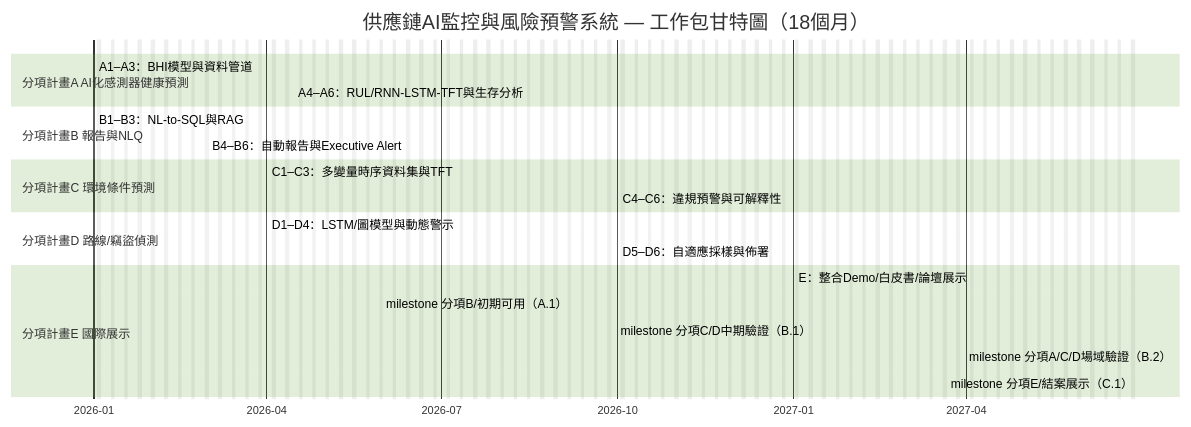
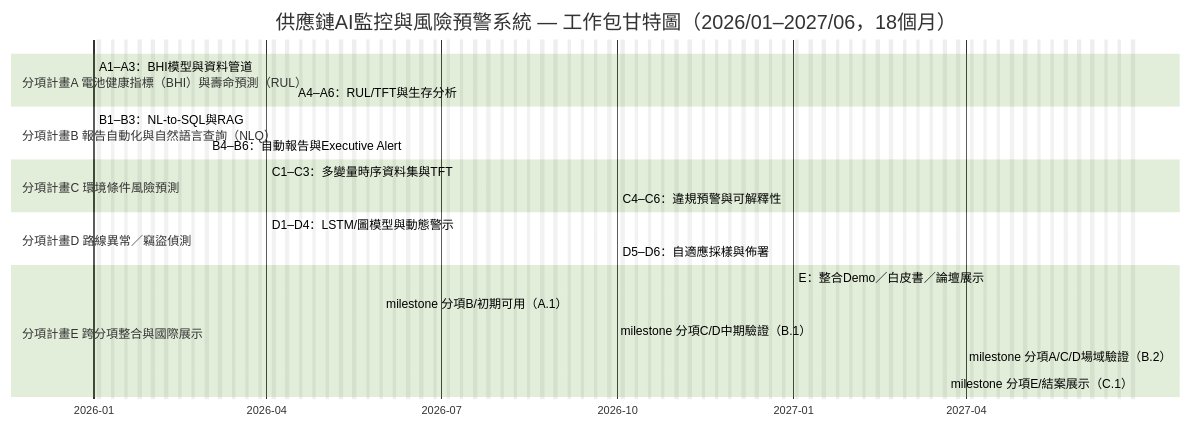
Before and after one commit to jshuo/ai-moea-proposal: the first of 2 diagrams in proposal/AI應用躍昇計畫-計畫書-提交版.md, drawn with Mermaid (forest theme). The commit also changed other lines of this file, not shown here.

Commit message:
Refine project scope and timeline in AI proposal document. Updated sections for clarity on collaboration, industry impact, and execution schedule, including Gantt chart adjustments and milestone definitions.

````diff
--- a/proposal/AI應用躍昇計畫-計畫書-提交版.md
+++ b/proposal/AI應用躍昇計畫-計畫書-提交版.md
@@ -489,31 +493,31 @@
 ```mermaid
 gantt
-    title 供應鏈AI監控與風險預警系統 — 工作包甘特圖（18個月）
-    dateFormat  YYYY-MM-DD
-    axisFormat  %Y-%m
-    excludes    weekends
+  title 供應鏈AI監控與風險預警系統 — 工作包甘特圖（2026/01–2027/06，18個月）
+  dateFormat  YYYY-MM-DD
+  axisFormat  %Y-%m
+  excludes    weekends
 
-   section 分項計畫A AI化感測器健康預測
+   section 分項計畫A 電池健康指標（BHI）與壽命預測（RUL）
    A1–A3：BHI模型與資料管道          :a1, 2026-01-01, 4m
-   A4–A6：RUL/RNN-LSTM-TFT與生存分析    :a2, 2026-04-15, 6m
+   A4–A6：RUL/TFT與生存分析           :a2, 2026-04-15, 6m
 
-   section 分項計畫B 報告與NLQ
+   section 分項計畫B 報告自動化與自然語言查詢（NLQ）
    B1–B3：NL-to-SQL與RAG            :b1, 2026-01-01, 3.5m
    B4–B6：自動報告與Executive Alert  :b2, 2026-03-01, 2.5m
 
-   section 分項計畫C 環境條件預測
+   section 分項計畫C 環境條件風險預測
    C1–C3：多變量時序資料集與TFT     :c1, 2026-04-01, 8m
    C4–C6：違規預警與可解釋性         :c2, 2026-10-01, 4m
 
-   section 分項計畫D 路線/竊盜偵測
+   section 分項計畫D 路線異常／竊盜偵測
    D1–D4：LSTM/圖模型與動態警示      :d1, 2026-04-01, 9m
    D5–D6：自適應採樣與佈署          :d2, 2026-10-01, 5m
 
-   section 分項計畫E 國際展示
-   E：整合Demo/白皮書/論壇展示       :e, 2027-01-01, 6m
+   section 分項計畫E 跨分項整合與國際展示
+   E：整合Demo／白皮書／論壇展示      :e, 2027-01-01, 6m
 
    milestone 分項B/初期可用（A.1）   :m1, 2026-05-31, 0d
    milestone 分項C/D中期驗證（B.1）  :m2, 2026-09-30, 0d
    milestone 分項A/C/D場域驗證（B.2）:m3, 2027-03-31, 0d
    milestone 分項E/結案展示（C.1）   :m4, 2027-06-30, 0d
 ```
````
